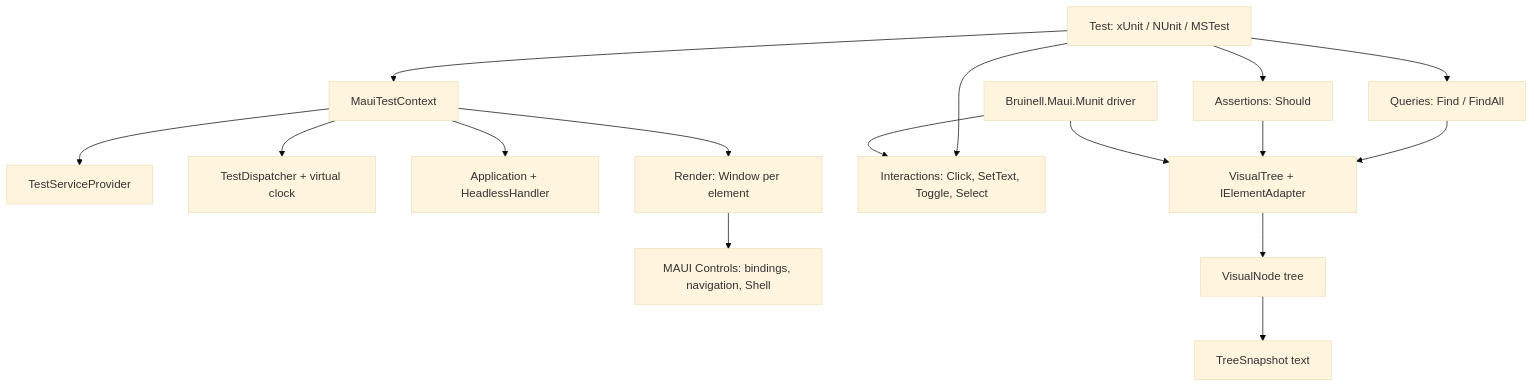
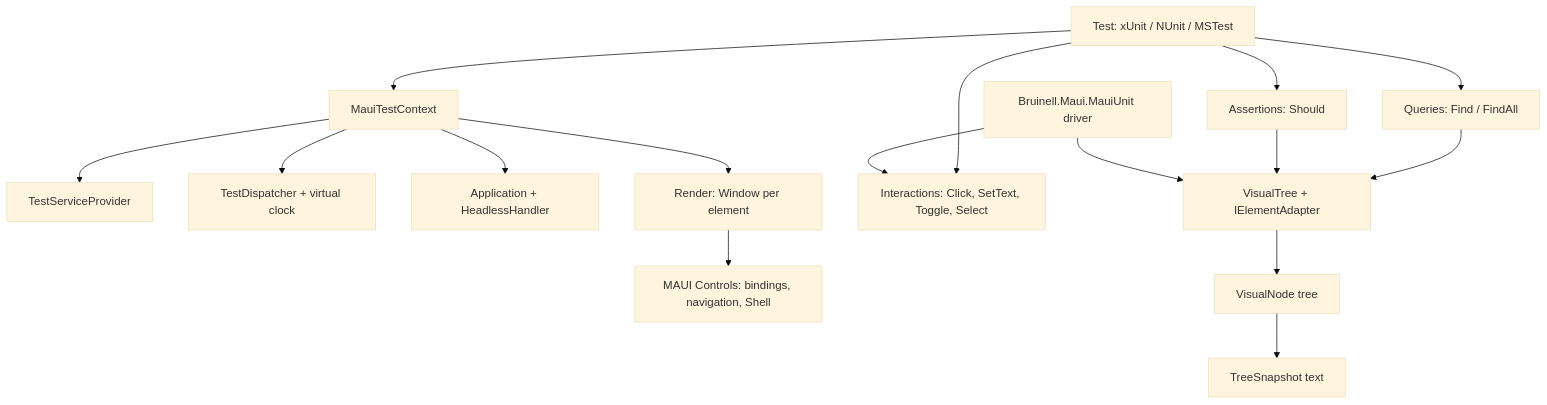
The diagram in .my/mUnit/proposal.md (jonkeda/Brinell), drawn with Mermaid (base theme) before and after one commit. The commit also changed other lines of this file and 165 other files, not shown here.

First line of the commit message:
MUnit is now MauiUnit: the framework, its tests and sample, the Bruinell head and BRUINELL_HEAD=mauiunit

````diff
--- a/.my/mUnit/proposal.md
+++ b/.my/mUnit/proposal.md
@@ -57,18 +57,18 @@
 ```mermaid
 flowchart TB
   T[Test: xUnit / NUnit / MSTest] --> C[MauiTestContext]
   C --> S[TestServiceProvider]
   C --> D[TestDispatcher + virtual clock]
   C --> A[Application + HeadlessHandler]
   C --> R[Render: Window per element]
   R --> M[MAUI Controls: bindings, navigation, Shell]
   T --> Q[Queries: Find / FindAll]
   T --> I[Interactions: Click, SetText, Toggle, Select]
   T --> X[Assertions: Should]
   Q --> V[VisualTree + IElementAdapter]
   X --> V
   V --> N[VisualNode tree]
   N --> P[TreeSnapshot text]
-  B[Bruinell.Maui.Munit driver] --> V
+  B[Bruinell.Maui.MauiUnit driver] --> V
   B --> I
 ```
````
